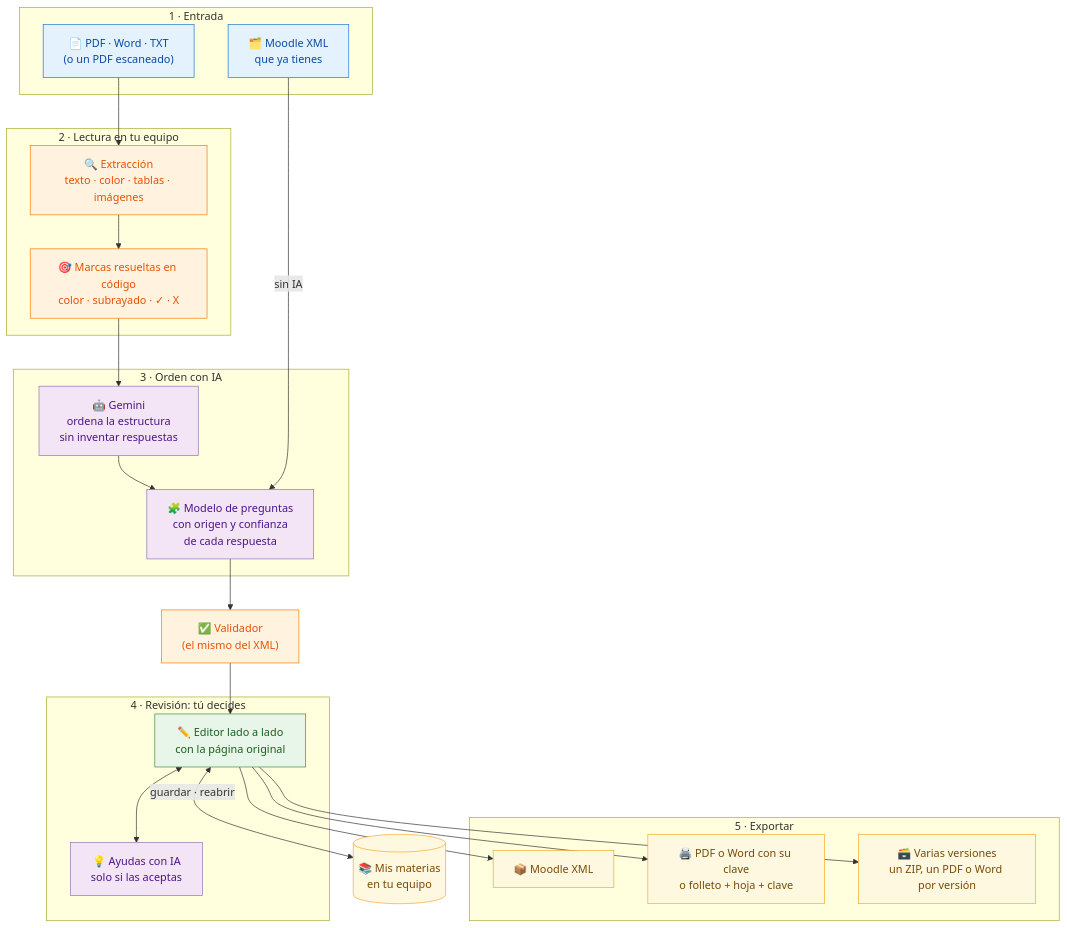
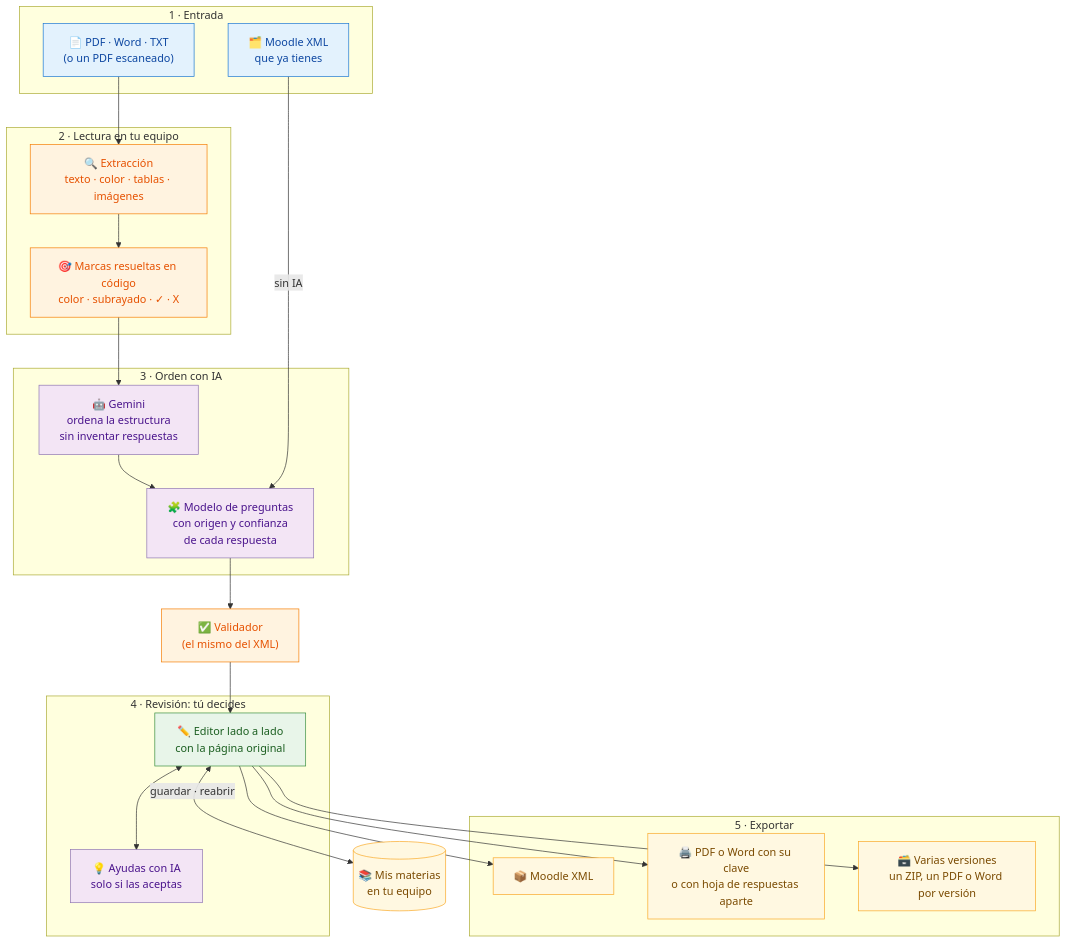
Before and after one commit to CesarUTP/TRANSFORMADOR-PDF-A-MOODLE: the diagram in README.md, drawn with Mermaid. The commit also changed other lines of this file and 239 other files, not shown here.

````diff
--- a/README.md
+++ b/README.md
@@ -37,45 +37,45 @@
 ```mermaid
 flowchart TB
     subgraph ENTRADA["1 · Entrada"]
         A1["📄 PDF · Word · TXT<br/>(o un PDF escaneado)"]
         A2["🗂️ Moodle XML<br/>que ya tienes"]
     end
     subgraph LECTURA["2 · Lectura en tu equipo"]
         B["🔍 Extracción<br/>texto · color · tablas · imágenes"]
         B2["🎯 Marcas resueltas en código<br/>color · subrayado · ✓ · X"]
     end
     subgraph IA["3 · Orden con IA"]
         C["🤖 Gemini<br/>ordena la estructura<br/>sin inventar respuestas"]
         C2["🧩 Modelo de preguntas<br/>con origen y confianza<br/>de cada respuesta"]
     end
     D["✅ Validador<br/>(el mismo del XML)"]
     subgraph REV["4 · Revisión: tú decides"]
         E["✏️ Editor lado a lado<br/>con la página original"]
         E2["💡 Ayudas con IA<br/>solo si las aceptas"]
     end
     subgraph SALIDA["5 · Exportar"]
         G["📦 Moodle XML"]
-        H["🖨️ PDF o Word con su clave<br/>o folleto + hoja + clave"]
+        H["🖨️ PDF o Word con su clave<br/>o con hoja de respuestas aparte"]
         I["🗃️ Varias versiones<br/>un ZIP, un PDF o Word por versión"]
     end
     J[("📚 Mis materias<br/>en tu equipo")]
 
     A1 --> B --> B2 --> C --> C2 --> D --> E
     A2 -->|"sin IA"| C2
     E <--> E2
     E --> G
     E --> H
     E --> I
     E <-->|"guardar · reabrir"| J
 
     classDef entrada fill:#e3f2fd,stroke:#1976d2,color:#0d47a1
     classDef ia fill:#f3e5f5,stroke:#8e75b2,color:#4a148c
     classDef codigo fill:#fff3e0,stroke:#f57c00,color:#e65100
     classDef revision fill:#e8f5e9,stroke:#388e3c,color:#1b5e20
     classDef salida fill:#fff8e1,stroke:#f9a825,color:#7a4a00
     class A1,A2 entrada
     class C,C2,E2 ia
     class B,B2,D codigo
     class E revision
     class G,H,I,J salida
 ```
````
